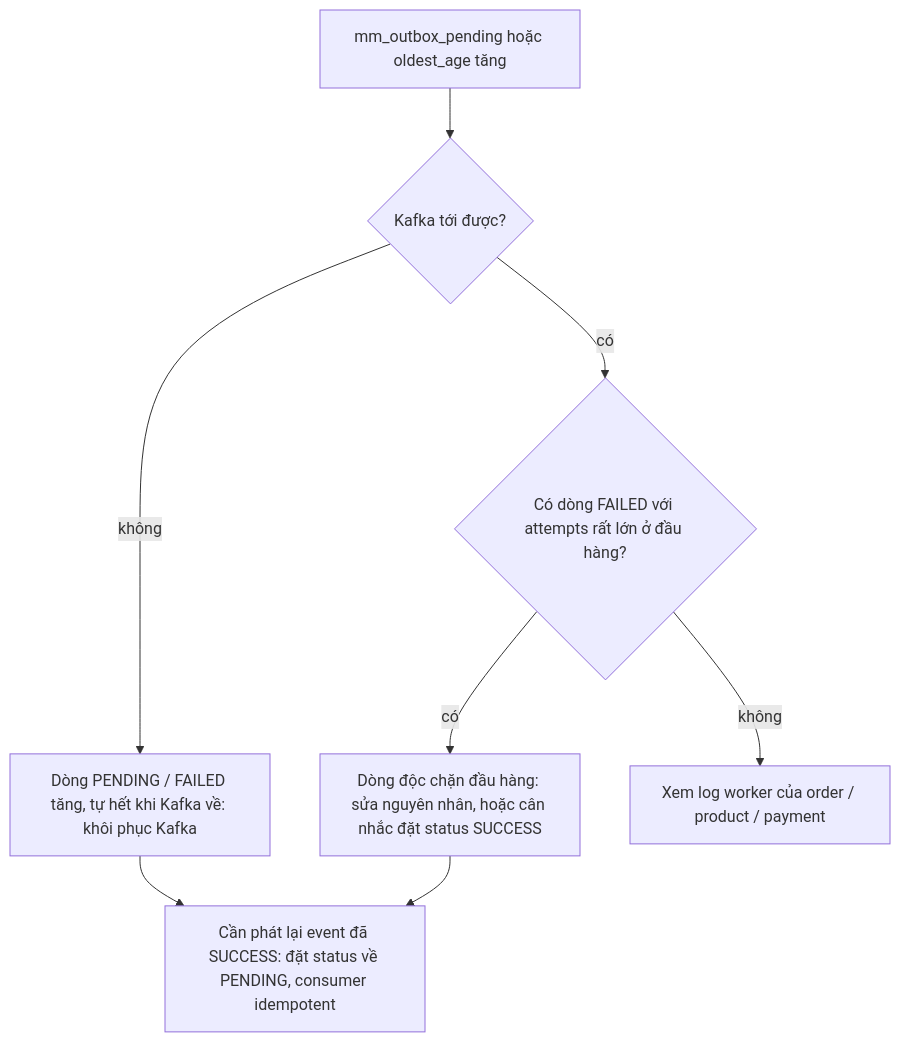
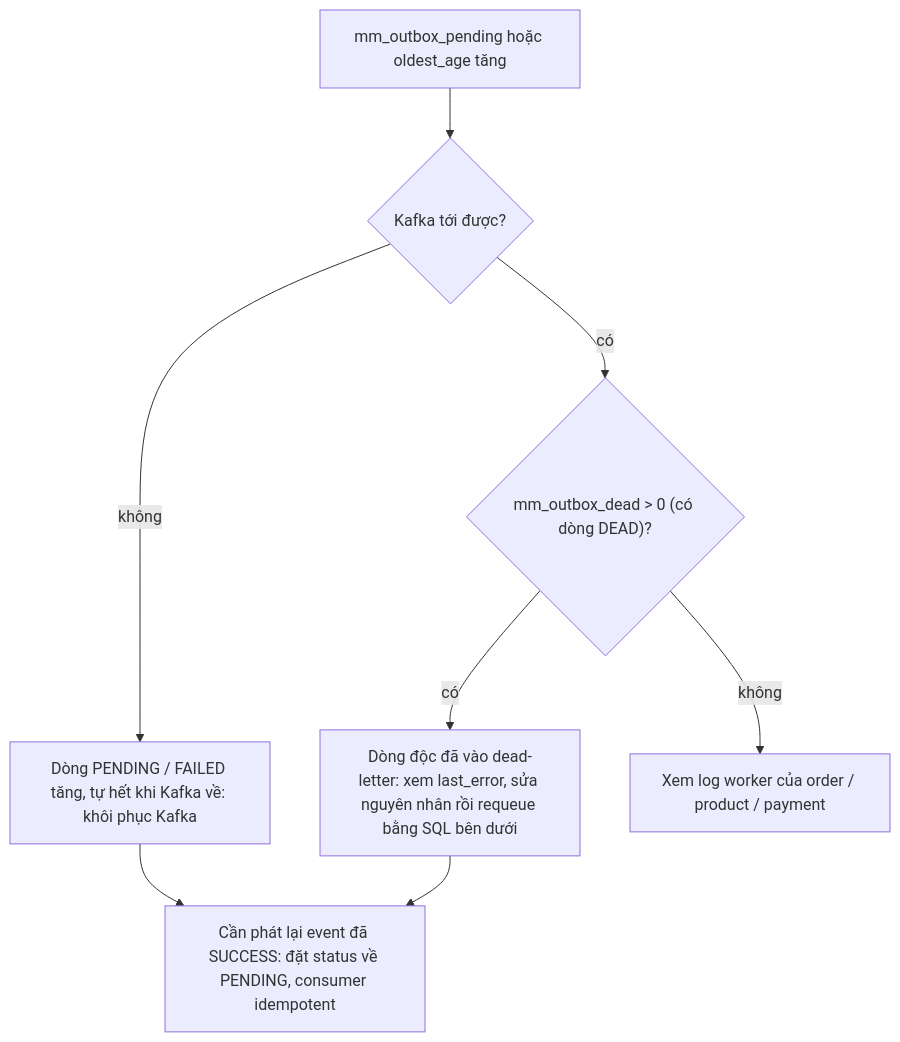
Before and after one commit to khoatran18/mini-marketplace: the fifth of 8 diagrams in docs/instruction/03_RUNBOOK.md, drawn with Mermaid. The commit also changed other lines of this file and 41 other files, not shown here.

````diff
--- a/docs/instruction/03_RUNBOOK.md
+++ b/docs/instruction/03_RUNBOOK.md
@@ -142,10 +142,10 @@
 ```mermaid
 flowchart TD
   A["mm_outbox_pending hoặc oldest_age tăng"] --> B{"Kafka tới được?"}
   B -->|"không"| B1["Dòng PENDING / FAILED tăng, tự hết khi Kafka về: khôi phục Kafka"]
-  B -->|"có"| C{"Có dòng FAILED với attempts rất lớn ở đầu hàng?"}
-  C -->|"có"| C1["Dòng độc chặn đầu hàng: sửa nguyên nhân, hoặc cân nhắc đặt status SUCCESS"]
+  B -->|"có"| C{"mm_outbox_dead > 0 (có dòng DEAD)?"}
+  C -->|"có"| C1["Dòng độc đã vào dead-letter: xem last_error, sửa nguyên nhân rồi requeue bằng SQL bên dưới"]
   C -->|"không"| C2["Xem log worker của order / product / payment"]
   B1 --> R["Cần phát lại event đã SUCCESS: đặt status về PENDING, consumer idempotent"]
   C1 --> R
 ```
````
